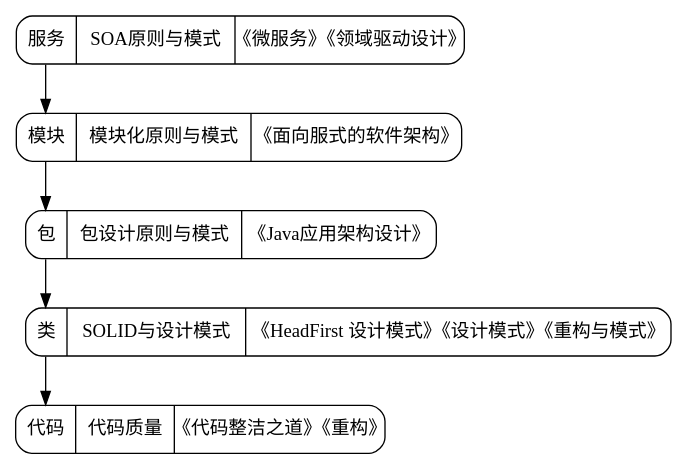
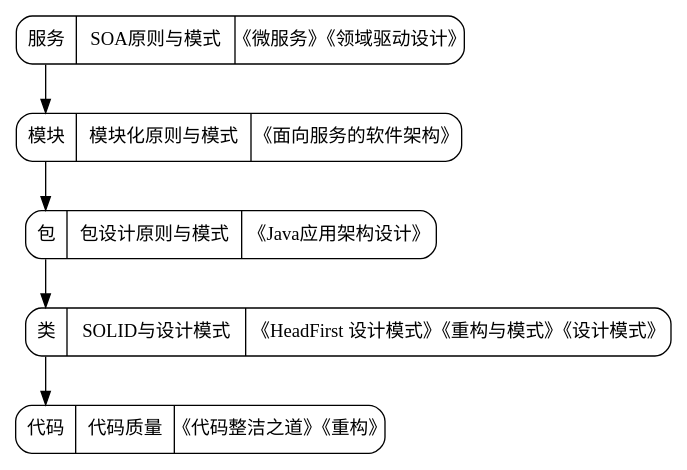
Before and after one commit to phodal/developer: the diagram in dot/learn.dot, drawn with Graphviz. The commit also changed 1 other file, not shown here.

```diff
--- a/dot/learn.dot
+++ b/dot/learn.dot
@@ -1,13 +1,13 @@
 digraph G {
 	node[shape=record]
 	fixedsize=true;
     compound=true;
 
     store5:f0 -> store4:f0 -> store3:f0 -> store2:f0 -> store1:f0;
 
 	store5 [label="<f0> 服务 |<f1> SOA原则与模式 | 《微服务》《领域驱动设计》"; shape=Mrecord];	
-	store4 [label="<f0> 模块 |<f1> 模块化原则与模式 | 《面向服式的软件架构》"; shape=Mrecord];
+	store4 [label="<f0> 模块 |<f1> 模块化原则与模式 | 《面向服务的软件架构》"; shape=Mrecord];
 	store3 [label="<f0> 包   |<f1> 包设计原则与模式 | 《Java应用架构设计》"; shape=Mrecord];
-	store2 [label="<f0> 类   |<f1> SOLID与设计模式 | <f2> 《HeadFirst 设计模式》《设计模式》《重构与模式》"; shape=Mrecord];
+	store2 [label="<f0> 类   |<f1> SOLID与设计模式 | <f2> 《HeadFirst 设计模式》《重构与模式》《设计模式》"; shape=Mrecord];
 	store1 [label="<f0> 代码 |<f1> 代码质量 | <f2> 《代码整洁之道》《重构》"; shape=Mrecord];
 }
```
